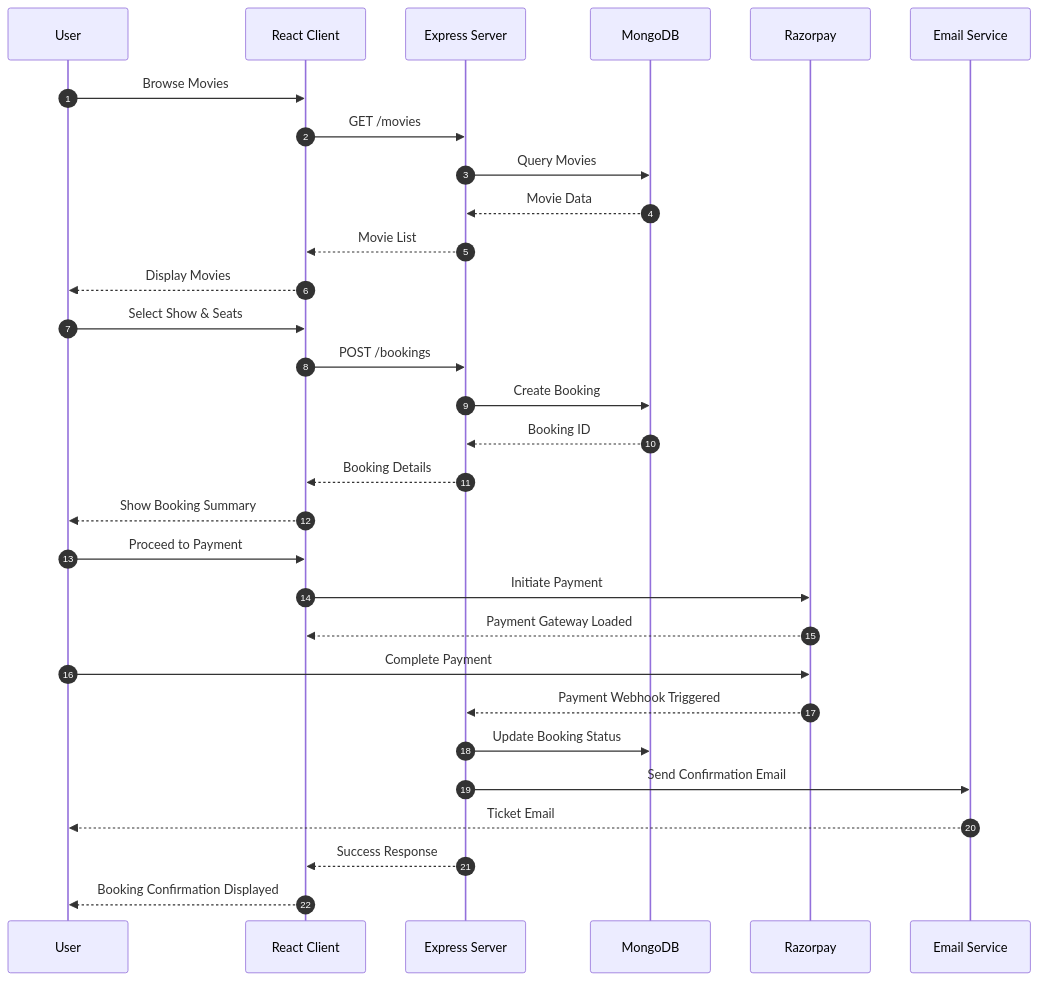
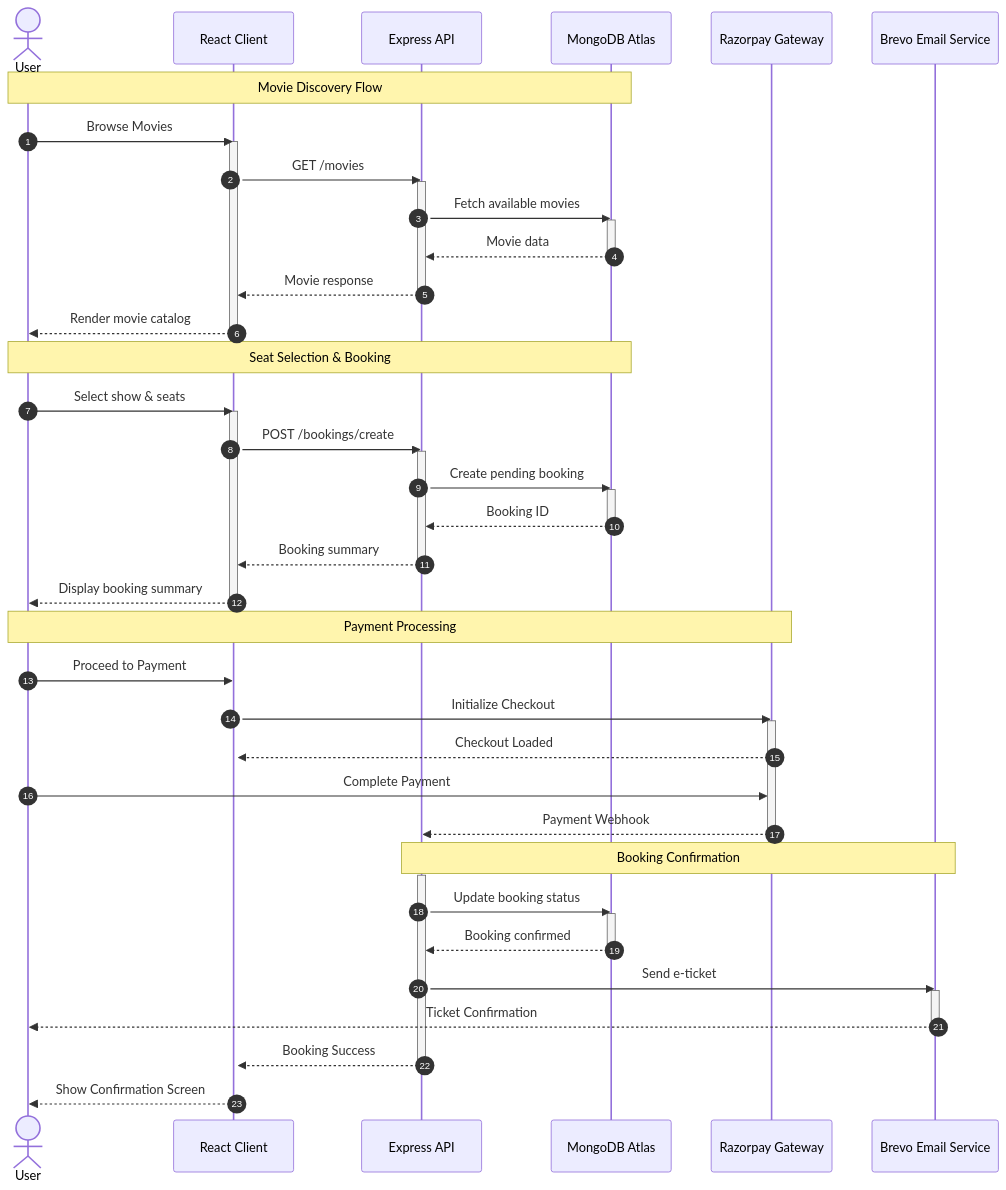
The second of 3 diagrams in README.md (Shravan-509/BookMyShow), drawn with Mermaid before and after one commit. The commit also changed other lines of this file, not shown here.

Commit message:
docs(readme): enhance documentation with architecture diagrams and project details

````diff
--- a/README.md
+++ b/README.md
@@ -87,41 +131,104 @@
 ```mermaid
 sequenceDiagram
     autonumber
-    participant U as User
-    participant C as React Client
-    participant S as Express Server
-    participant DB as MongoDB
-    participant P as Razorpay
-    participant E as Email Service
-    
-    %% Browsing Movies
-    U->>C: Browse Movies
-    C->>S: GET /movies
-    S->>DB: Query Movies
-    DB-->>S: Movie Data
-    S-->>C: Movie List
-    C-->>U: Display Movies
-    
-    %% Selecting Show & Seats
-    U->>C: Select Show & Seats
-    C->>S: POST /bookings
-    S->>DB: Create Booking
-    DB-->>S: Booking ID
-    S-->>C: Booking Details
-    C-->>U: Show Booking Summary
-    
+
+    actor User
+
+    participant Client as React Client
+    participant API as Express API
+    participant DB as MongoDB Atlas
+    participant Razorpay as Razorpay Gateway
+    participant Email as Brevo Email Service
+
+    %% --------------------------------------------------
+    %% Movie Discovery
+    %% --------------------------------------------------
+
+    Note over User,DB: Movie Discovery Flow
+
+    User->>Client: Browse Movies
+    activate Client
+
+    Client->>API: GET /movies
+    activate API
+
+    API->>DB: Fetch available movies
+    activate DB
+
+    DB-->>API: Movie data
+    deactivate DB
+
+    API-->>Client: Movie response
+    deactivate API
+
+    Client-->>User: Render movie catalog
+    deactivate Client
+
+    %% --------------------------------------------------
+    %% Booking Creation
+    %% --------------------------------------------------
+
+    Note over User,DB: Seat Selection & Booking
+
+    User->>Client: Select show & seats
+    activate Client
+
+    Client->>API: POST /bookings/create
+    activate API
+
+    API->>DB: Create pending booking
+    activate DB
+
+    DB-->>API: Booking ID
+    deactivate DB
+
+    API-->>Client: Booking summary
+    deactivate API
+
+    Client-->>User: Display booking summary
+    deactivate Client
+
+    %% --------------------------------------------------
     %% Payment Flow
-    U->>C: Proceed to Payment
-    C->>P: Initiate Payment
-    P-->>C: Payment Gateway Loaded
-    U->>P: Complete Payment
-    P-->>S: Payment Webhook Triggered
-    
+    %% --------------------------------------------------
+
+    Note over User,Razorpay: Payment Processing
+
+    User->>Client: Proceed to Payment
+    activate Client
+
+    Client->>Razorpay: Initialize Checkout
+    activate Razorpay
+
+    Razorpay-->>Client: Checkout Loaded
+
+    User->>Razorpay: Complete Payment
+
+    Razorpay-->>API: Payment Webhook
+    deactivate Razorpay
+
+    %% --------------------------------------------------
     %% Booking Confirmation
-    S->>DB: Update Booking Status
-    S->>E: Send Confirmation Email
-    E-->>U: Ticket Email
-    S-->>C: Success Response
-    C-->>U: Booking Confirmation Displayed
+    %% --------------------------------------------------
 
+    Note over API,Email: Booking Confirmation
+
+    activate API
+
+    API->>DB: Update booking status
+    activate DB
+
+    DB-->>API: Booking confirmed
+    deactivate DB
+
+    API->>Email: Send e-ticket
+    activate Email
+
+    Email-->>User: Ticket Confirmation
+    deactivate Email
+
+    API-->>Client: Booking Success
+    deactivate API
+
+    Client-->>User: Show Confirmation Screen
 ```
````
